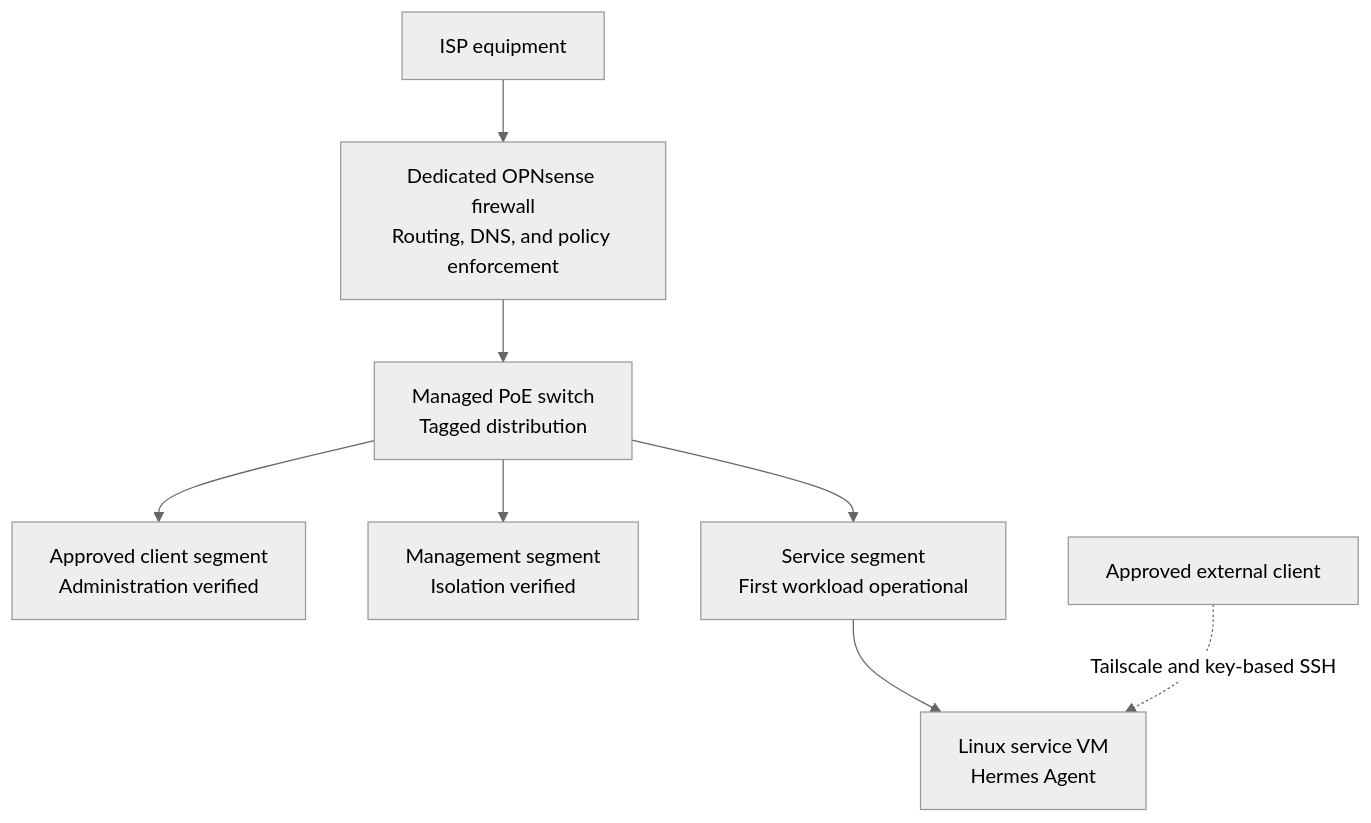
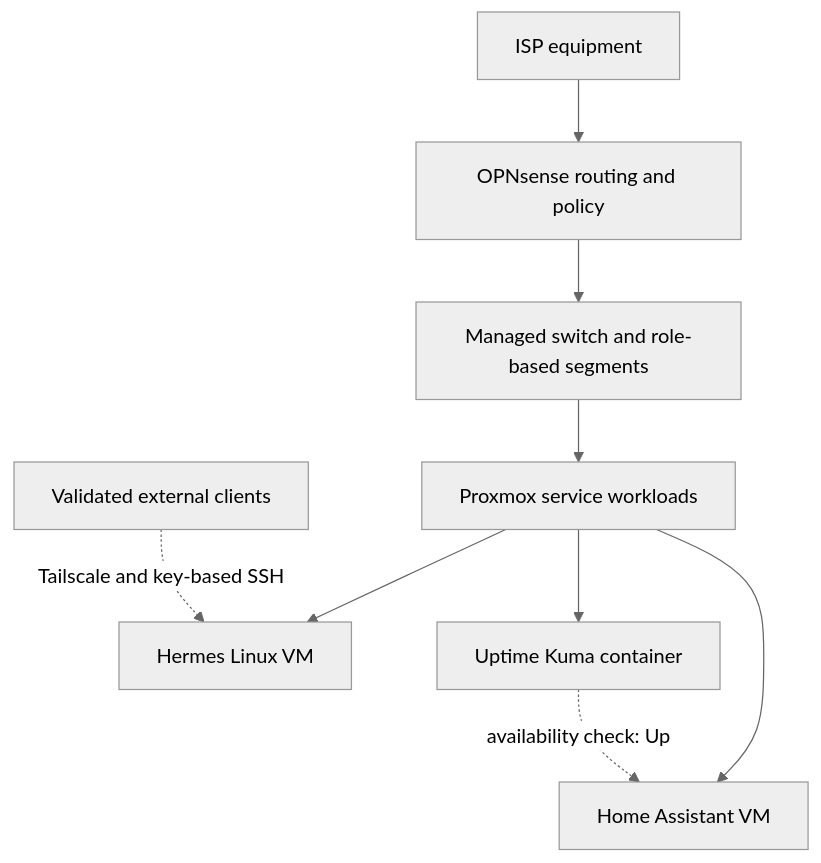
One commit to DeadPol8789/homelab changed the diagram in docs/network-design.md. Above: the diagram before and after it, drawn with Mermaid (neutral theme). The commit also changed other lines of this file and 13 other files, not shown here.

First line of the commit message:
Document Home Assistant and initial monitoring (#10)

````diff
--- a/docs/network-design.md
+++ b/docs/network-design.md
@@ -30,10 +33,11 @@
 ```mermaid
 flowchart TD
-    ISP["ISP equipment"] --> FW["Dedicated OPNsense firewall<br/>Routing, DNS, and policy enforcement"]
-    FW --> SW["Managed PoE switch<br/>Tagged distribution"]
-    SW --> ZONE_A["Approved client segment<br/>Administration verified"]
-    SW --> ZONE_B["Management segment<br/>Isolation verified"]
-    SW --> ZONE_C["Service segment<br/>First workload operational"]
-    ZONE_C --> VM["Linux service VM<br/>Hermes Agent"]
-    REMOTE["Approved external client"] -. "Tailscale and key-based SSH" .-> VM
+    ISP["ISP equipment"] --> FW["OPNsense routing and policy"]
+    FW --> SW["Managed switch and role-based segments"]
+    SW --> PVE["Proxmox service workloads"]
+    PVE --> VM["Hermes Linux VM"]
+    PVE --> HA["Home Assistant VM"]
+    PVE --> KUMA["Uptime Kuma container"]
+    KUMA -. "availability check: Up" .-> HA
+    REMOTE["Validated external clients"] -. "Tailscale and key-based SSH" .-> VM
 ```
````
